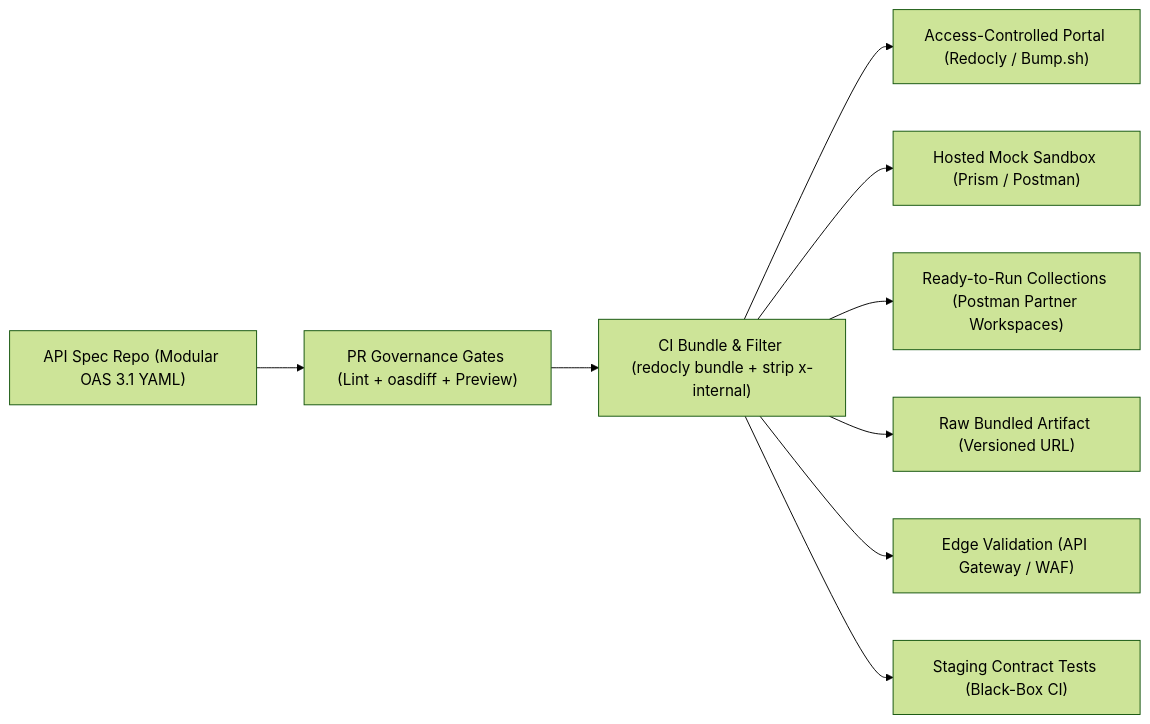
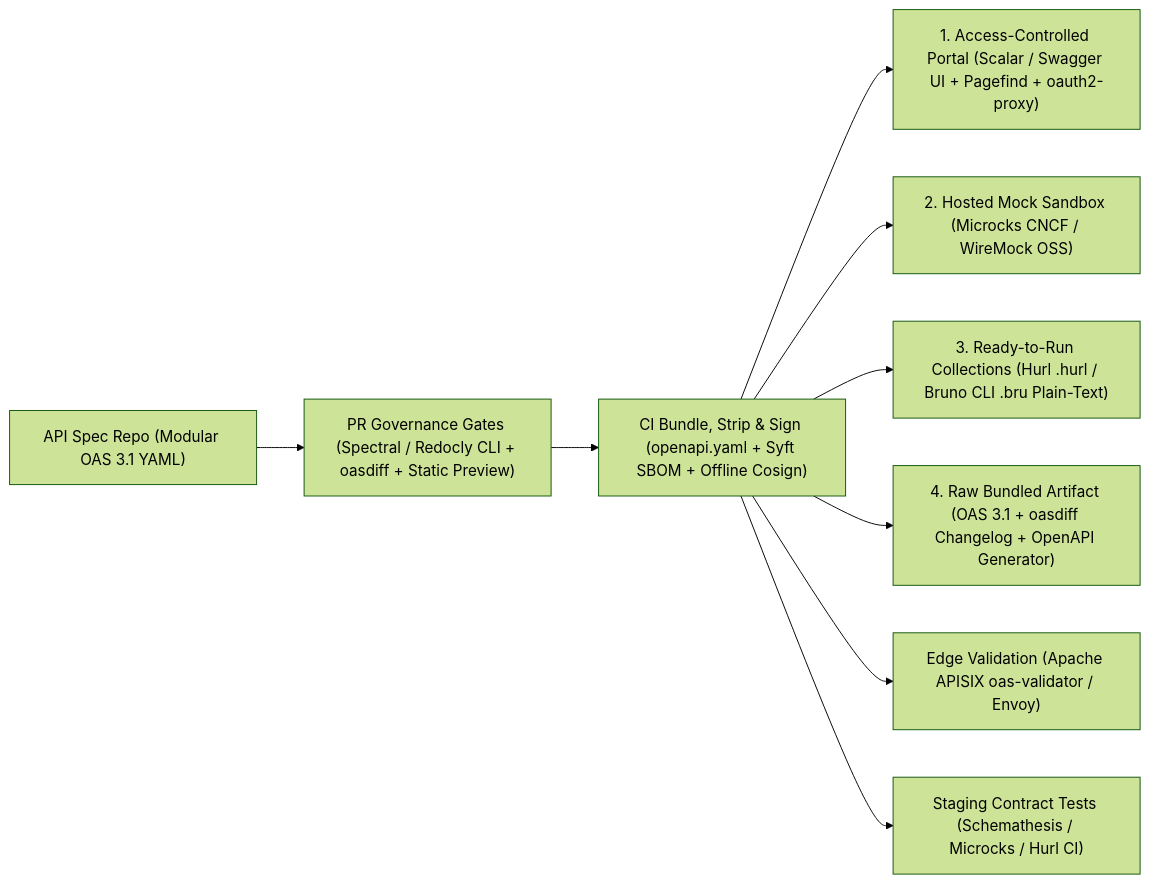
The diagram in articles/devops/design-first-partner-api-openapi-architecture.md (rohithtp/ThoughtsInWords), drawn with Mermaid (forest theme) before and after one commit. The commit also changed other lines of this file and 3 other files, not shown here.

Commit message:
docs(devops): re-architect partner OpenAPI article to pure OSS airgap stack and add review report

````diff
--- a/articles/devops/design-first-partner-api-openapi-architecture.md
+++ b/articles/devops/design-first-partner-api-openapi-architecture.md
@@ -22,11 +29,11 @@
 ```mermaid
 flowchart LR
-    Repo["API Spec Repo (Modular OAS 3.1 YAML)"] --> PR["PR Governance Gates (Lint + oasdiff + Preview)"]
-    PR --> Bundle["CI Bundle & Filter (redocly bundle + strip x-internal)"]
-    Bundle --> Portal["Access-Controlled Portal (Redocly / Bump.sh)"]
-    Bundle --> Mock["Hosted Mock Sandbox (Prism / Postman)"]
-    Bundle --> Coll["Ready-to-Run Collections (Postman Partner Workspaces)"]
-    Bundle --> Raw["Raw Bundled Artifact (Versioned URL)"]
-    Bundle --> Edge["Edge Validation (API Gateway / WAF)"]
-    Bundle --> Test["Staging Contract Tests (Black-Box CI)"]
+    Repo["API Spec Repo (Modular OAS 3.1 YAML)"] --> PR["PR Governance Gates (Spectral / Redocly CLI + oasdiff + Static Preview)"]
+    PR --> Bundle["CI Bundle, Strip & Sign (openapi.yaml + Syft SBOM + Offline Cosign)"]
+    Bundle --> Portal["1. Access-Controlled Portal (Scalar / Swagger UI + Pagefind + oauth2-proxy)"]
+    Bundle --> Mock["2. Hosted Mock Sandbox (Microcks CNCF / WireMock OSS)"]
+    Bundle --> Coll["3. Ready-to-Run Collections (Hurl .hurl / Bruno CLI .bru Plain-Text)"]
+    Bundle --> Raw["4. Raw Bundled Artifact (OAS 3.1 + oasdiff Changelog + OpenAPI Generator)"]
+    Bundle --> Edge["Edge Validation (Apache APISIX oas-validator / Envoy)"]
+    Bundle --> Test["Staging Contract Tests (Schemathesis / Microcks / Hurl CI)"]
 ```
````
